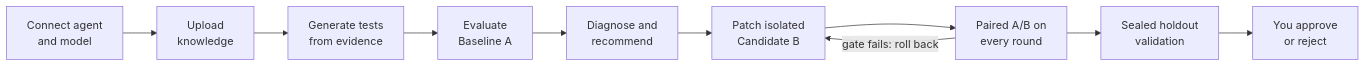
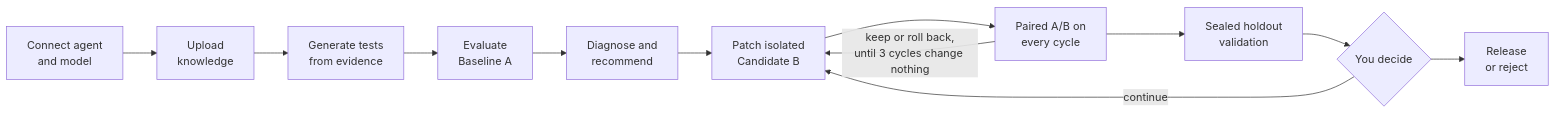
The first of 2 diagrams in README.md (abdullahahmed94/kaizeval), drawn with Mermaid before and after one commit. The commit also changed other lines of this file and 6 other files, not shown here.

First line of the commit message:
Docs: bring diagrams, install steps and feature list up to date

````diff
--- a/README.md
+++ b/README.md
@@ -16,12 +17,14 @@
 ```mermaid
 flowchart LR
     A["Connect agent<br/>and model"] --> B["Upload<br/>knowledge"]
     B --> C["Generate tests<br/>from evidence"]
     C --> D["Evaluate<br/>Baseline A"]
     D --> E["Diagnose and<br/>recommend"]
     E --> F["Patch isolated<br/>Candidate B"]
-    F --> G["Paired A/B on<br/>every round"]
-    G -->|"gate fails: roll back"| F
+    F --> G["Paired A/B on<br/>every cycle"]
+    G -->|"keep or roll back,<br/>until 3 cycles change nothing"| F
     G --> H["Sealed holdout<br/>validation"]
-    H --> I["You approve<br/>or reject"]
+    H --> I{"You decide"}
+    I -->|continue| F
+    I --> J["Release<br/>or reject"]
 ```
````
